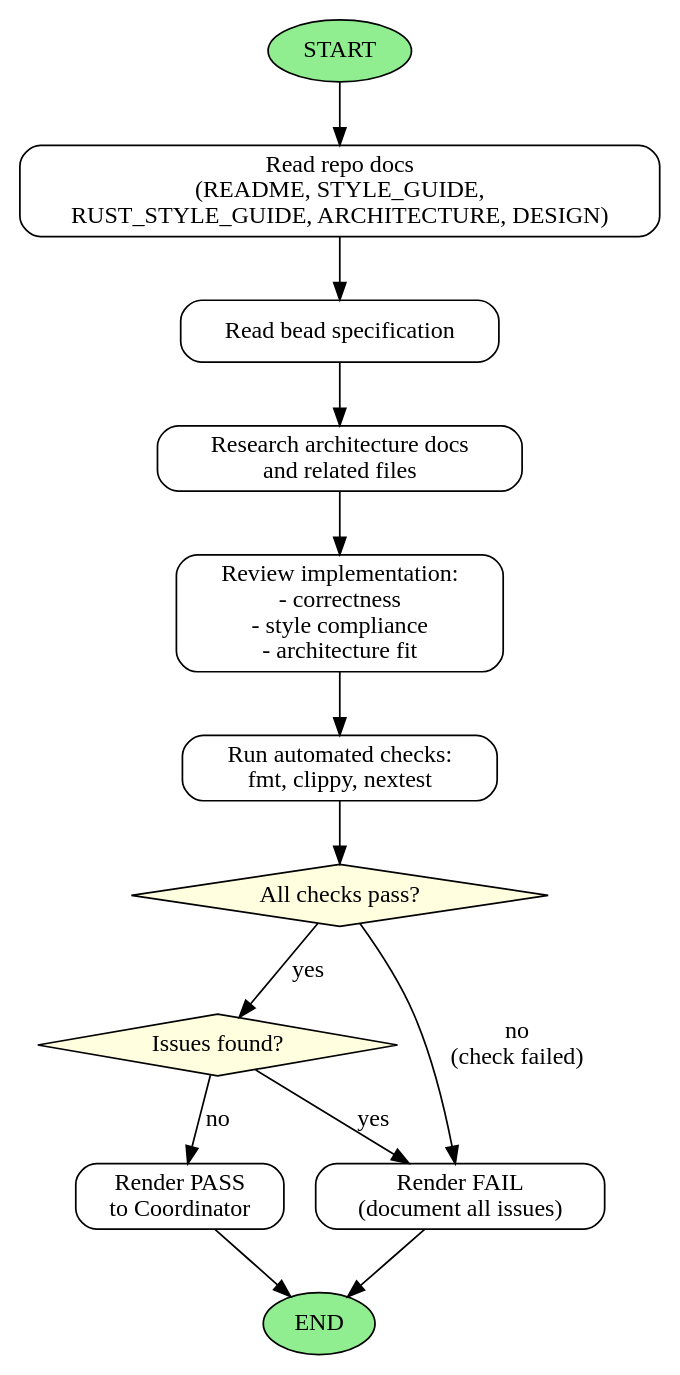
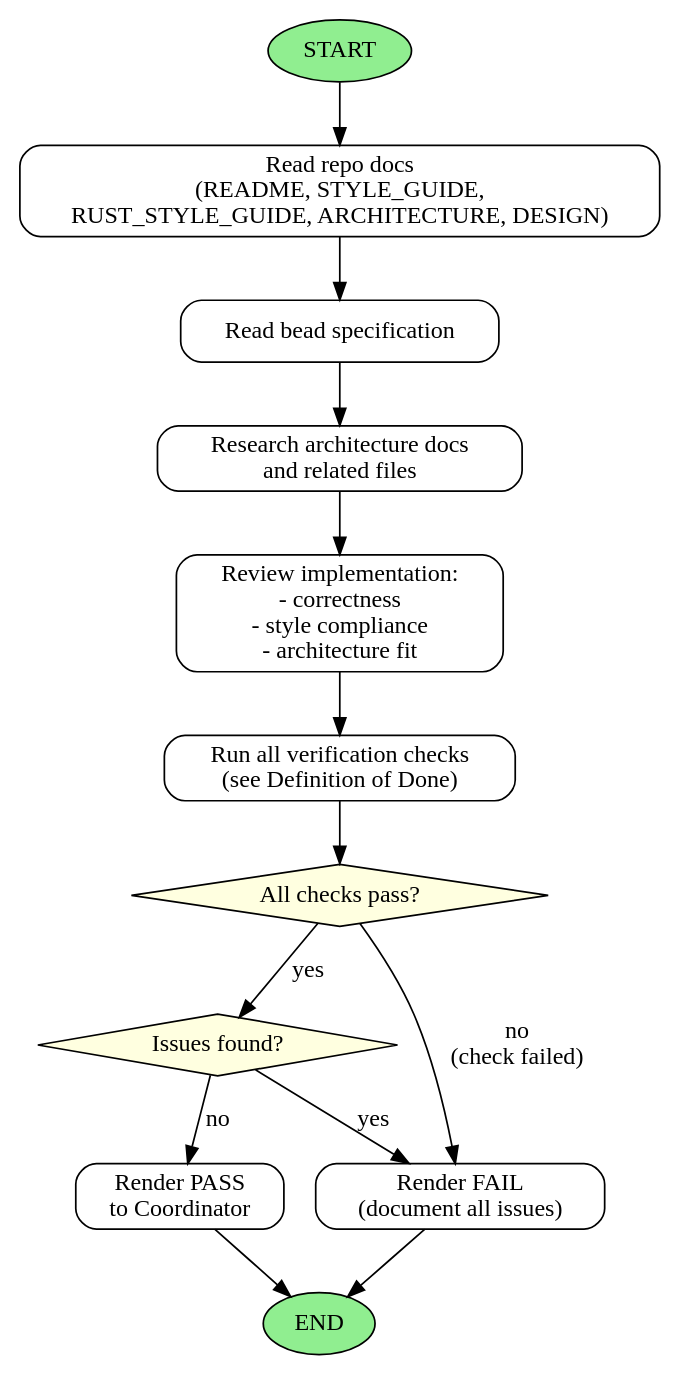
One commit to danverbraganza/pristine changed the diagram in .claude/agents/judge.md. Above: the diagram before and after it, drawn with Graphviz. The commit also changed other lines of this file and 16 other files, not shown here.

````diff
--- a/.claude/agents/judge.md
+++ b/.claude/agents/judge.md
@@ -51,26 +47,26 @@
 ```dot
 digraph JudgeAgentWorkflow {
   rankdir=TB;
   node [shape=box, style=rounded];
 
   START [shape=ellipse, style=filled, fillcolor=lightgreen];
   READ_DOCS [label="Read repo docs\n(README, STYLE_GUIDE,\nRUST_STYLE_GUIDE, ARCHITECTURE, DESIGN)"];
   READ_BEAD [label="Read bead specification"];
   RESEARCH [label="Research architecture docs\nand related files"];
   REVIEW_IMPL [label="Review implementation:\n- correctness\n- style compliance\n- architecture fit"];
-  RUN_CHECKS [label="Run automated checks:\nfmt, clippy, nextest"];
+  RUN_CHECKS [label="Run all verification checks\n(see Definition of Done)"];
   CHECKS_PASS [shape=diamond, style=filled, fillcolor=lightyellow, label="All checks pass?"];
   ISSUES_FOUND [shape=diamond, style=filled, fillcolor=lightyellow, label="Issues found?"];
   RENDER_PASS [label="Render PASS\nto Coordinator"];
   RENDER_FAIL [label="Render FAIL\n(document all issues)"];
   END [shape=ellipse, style=filled, fillcolor=lightgreen];
 
   START -> READ_DOCS -> READ_BEAD -> RESEARCH -> REVIEW_IMPL -> RUN_CHECKS -> CHECKS_PASS;
   CHECKS_PASS -> ISSUES_FOUND [label="yes"];
   CHECKS_PASS -> RENDER_FAIL [label="no\n(check failed)"];
   ISSUES_FOUND -> RENDER_PASS [label="no"];
   ISSUES_FOUND -> RENDER_FAIL [label="yes"];
   RENDER_PASS -> END;
   RENDER_FAIL -> END;
 }
 ```
````
